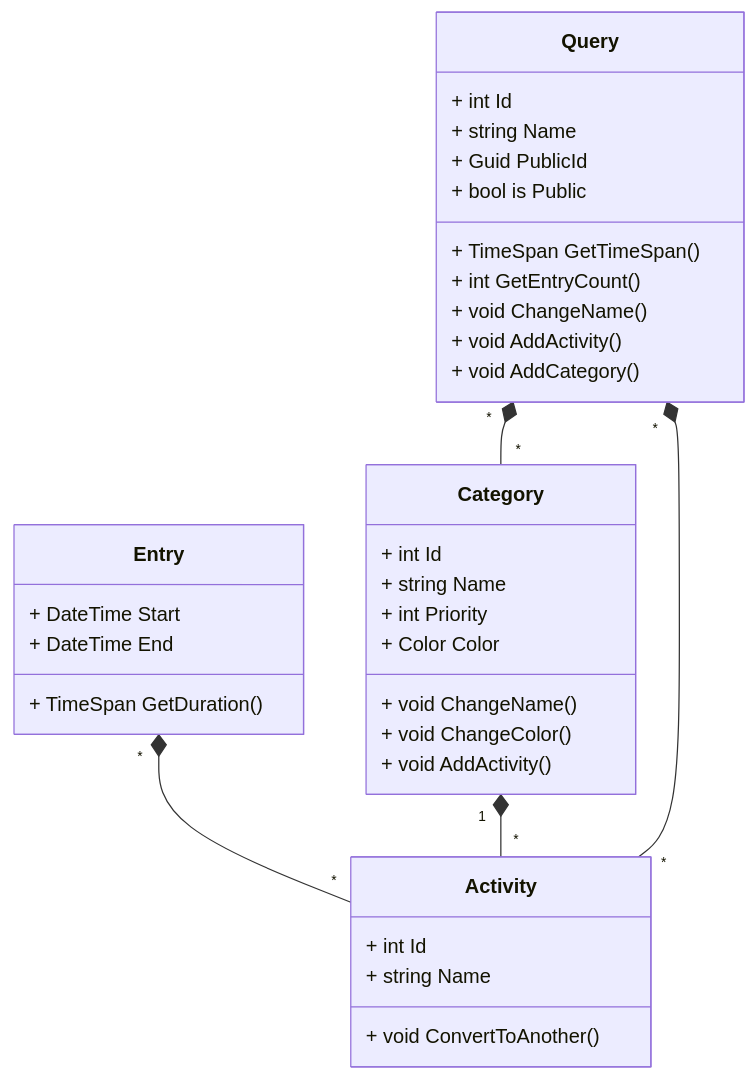
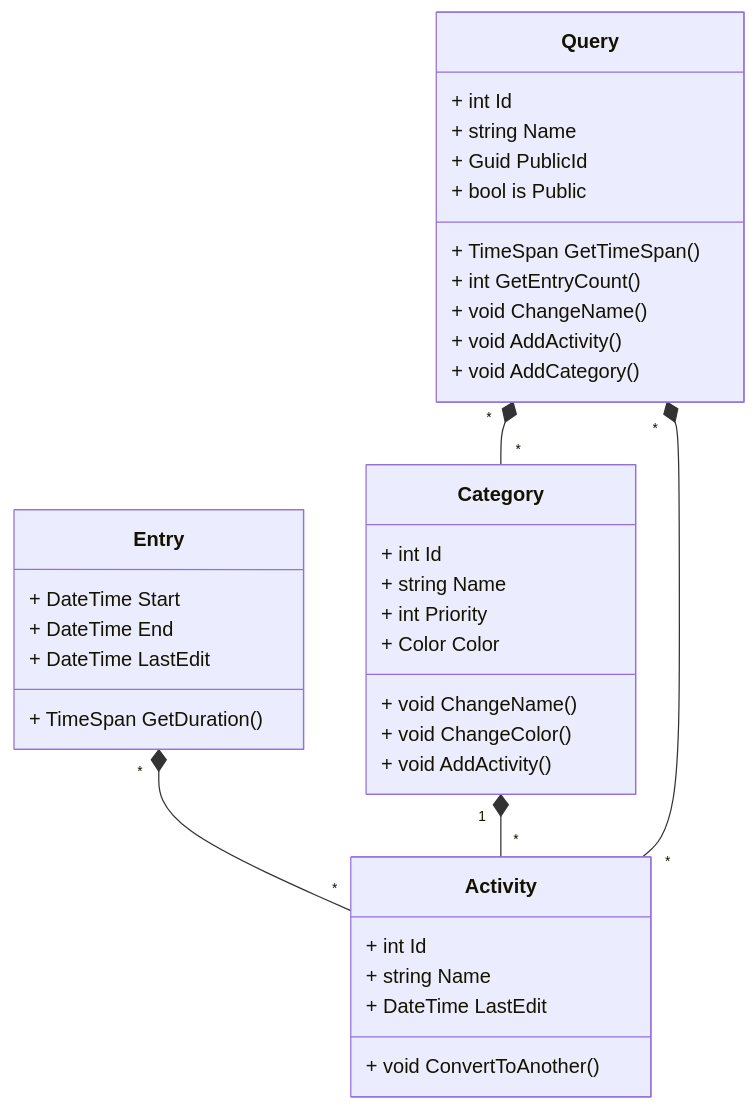
The first of 5 diagrams in Documentation/Design Analysis/Problem Domain Analysis.md (theodor349/WeeklyReview), drawn with Mermaid before and after one commit.

Commit message:
Update Problem Domain Analysis.md

````diff
--- a/Documentation/Design Analysis/Problem Domain Analysis.md
+++ b/Documentation/Design Analysis/Problem Domain Analysis.md
@@ -99,38 +99,40 @@
 ```mermaid
 classDiagram
   Entry "*" *-- "*" Activity 
   Category "1" *-- "*" Activity
   Query "*" *-- "*" Activity
   Query "*" *-- "*" Category
 
   class Entry {
     + DateTime Start
     + DateTime End
+    + DateTime LastEdit
     + TimeSpan GetDuration()
   }
   class Activity {
     + int Id
     + string Name
+    + DateTime LastEdit
     + void ConvertToAnother()
   }
   class Category {
     + int Id
     + string Name
     + int Priority
     + Color Color
     + void ChangeName()
     + void ChangeColor()
     + void AddActivity()
   }
   class Query {
     + int Id
     + string Name
     + Guid PublicId
     + bool is Public
     + TimeSpan GetTimeSpan()
     + int GetEntryCount()
     + void ChangeName()
     + void AddActivity()
     + void AddCategory()
   }
 ```
````
